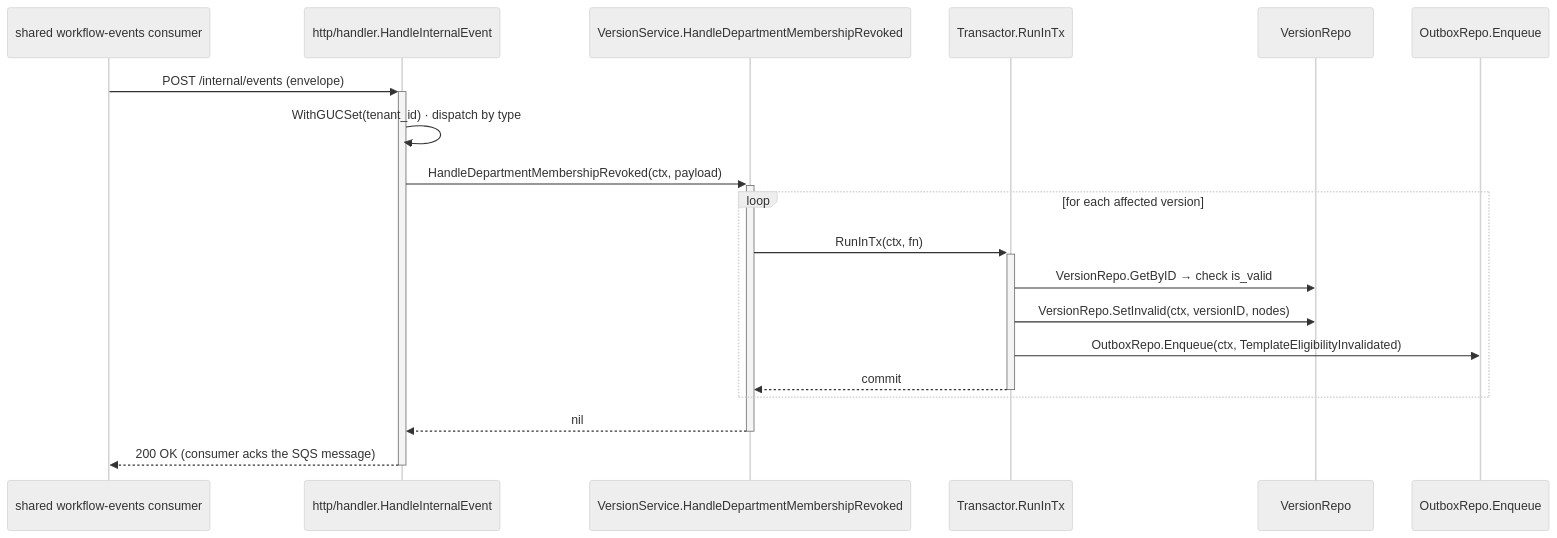
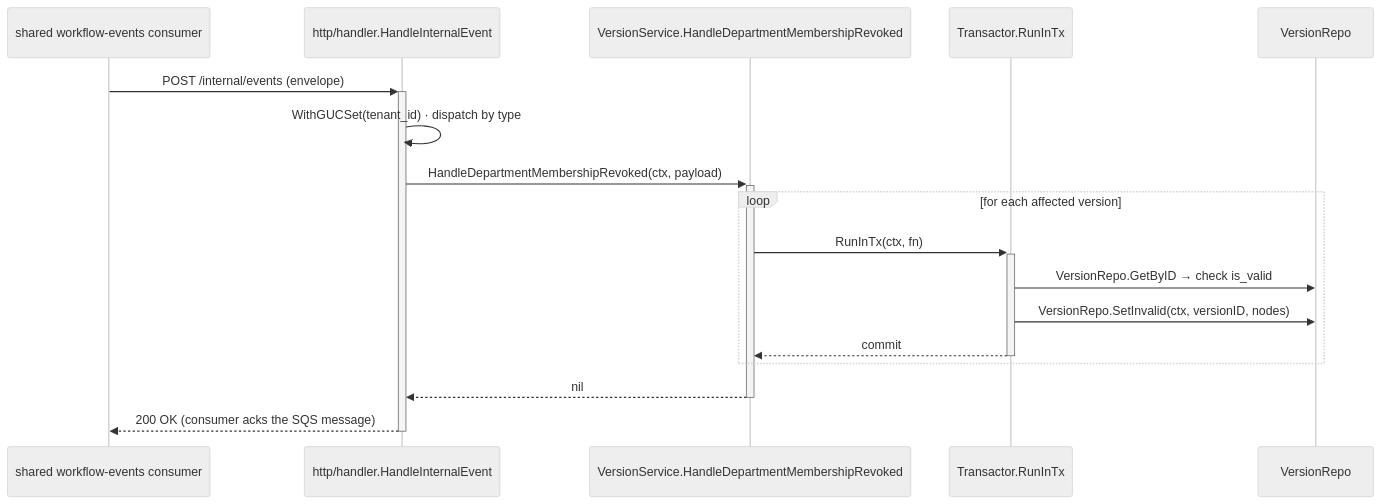
Before and after one commit to BCBP-SOLUTIONS-FZC-LLC/workflow-definition-service: the diagram in docs/architecture/mermaid/membership-revoked-flow.mmd, drawn with Mermaid (neutral theme). The commit also changed 56 other files, not shown here.

```diff
--- a/docs/architecture/mermaid/membership-revoked-flow.mmd
+++ b/docs/architecture/mermaid/membership-revoked-flow.mmd
@@ -1,20 +1,18 @@
 sequenceDiagram
     participant Consumer as shared workflow-events consumer
     participant Handler as http/handler.HandleInternalEvent
     participant Svc as VersionService.HandleDepartmentMembershipRevoked
     participant Tx as Transactor.RunInTx
     participant Repo as VersionRepo
-    participant Outbox as OutboxRepo.Enqueue
 
     Consumer ->>+ Handler: POST /internal/events (envelope)
     Handler ->> Handler: WithGUCSet(tenant_id) · dispatch by type
     Handler ->>+ Svc: HandleDepartmentMembershipRevoked(ctx, payload)
     loop for each affected version
         Svc ->>+ Tx: RunInTx(ctx, fn)
         Tx ->> Repo: VersionRepo.GetByID  →  check is_valid
         Tx ->> Repo: VersionRepo.SetInvalid(ctx, versionID, nodes)
-        Tx ->> Outbox: OutboxRepo.Enqueue(ctx, TemplateEligibilityInvalidated)
         Tx -->>- Svc: commit
     end
     Svc -->>- Handler: nil
     Handler -->>- Consumer: 200 OK (consumer acks the SQS message)
```
